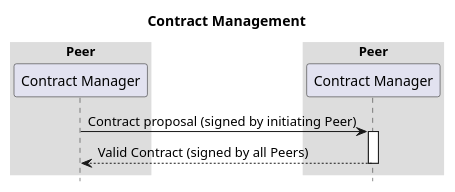
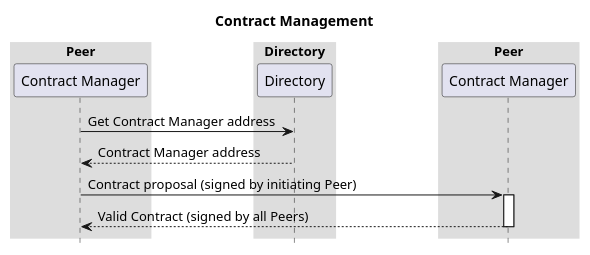
The diagram in diagrams/seq-contract-management.puml (Logius-standaarden/fsc-core), drawn with PlantUML before and after one commit. The commit also changed 7 other files, not shown here.

```diff
--- a/diagrams/seq-contract-management.puml
+++ b/diagrams/seq-contract-management.puml
@@ -1,16 +1,23 @@
 @startuml
 title: Contract Management
 
 box "Peer"
   participant "Contract Manager" as cm1
 end box
+box "Directory"
+  participant "Directory" as directory
+end box
 box "Peer"
   participant "Contract Manager" as cm2
 end box
+
+cm1 -> directory: Get Contract Manager address
+return Contract Manager address
 cm1 -> cm2 ++ : Contract proposal (signed by initiating Peer)
+
 return Valid Contract (signed by all Peers)
 
 skinparam sequenceBoxBorderColor #transparent
 skinparam boxPadding 50
 hide footbox
 @enduml
```
